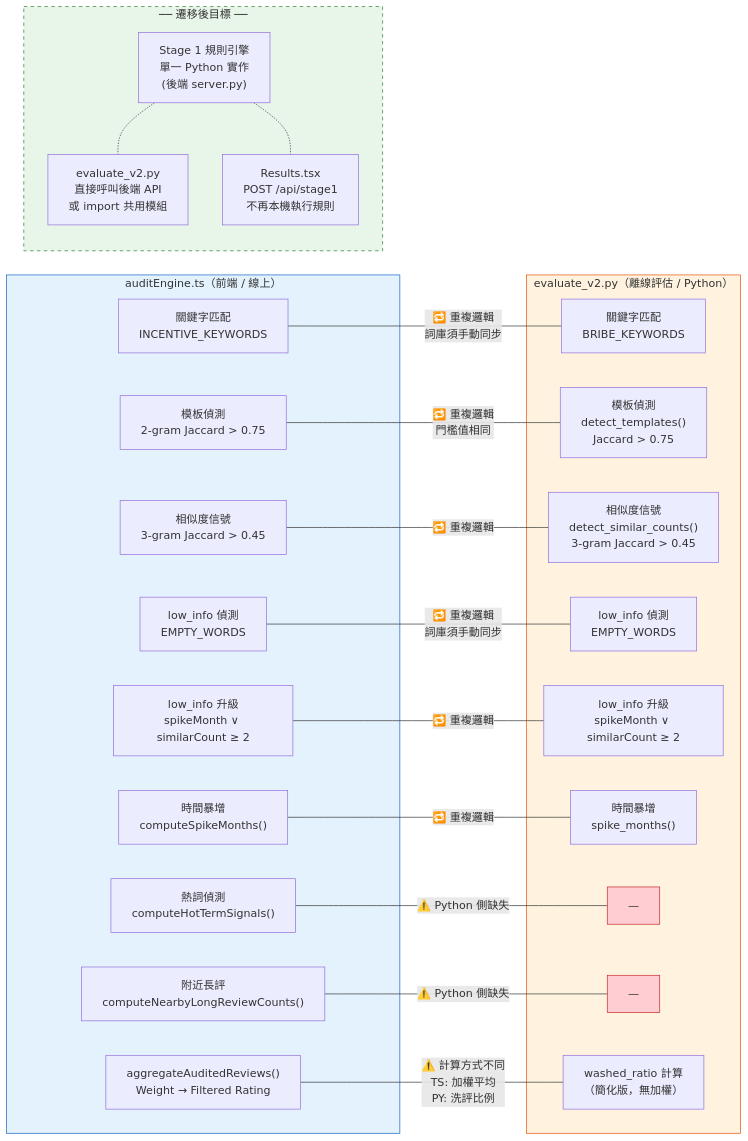
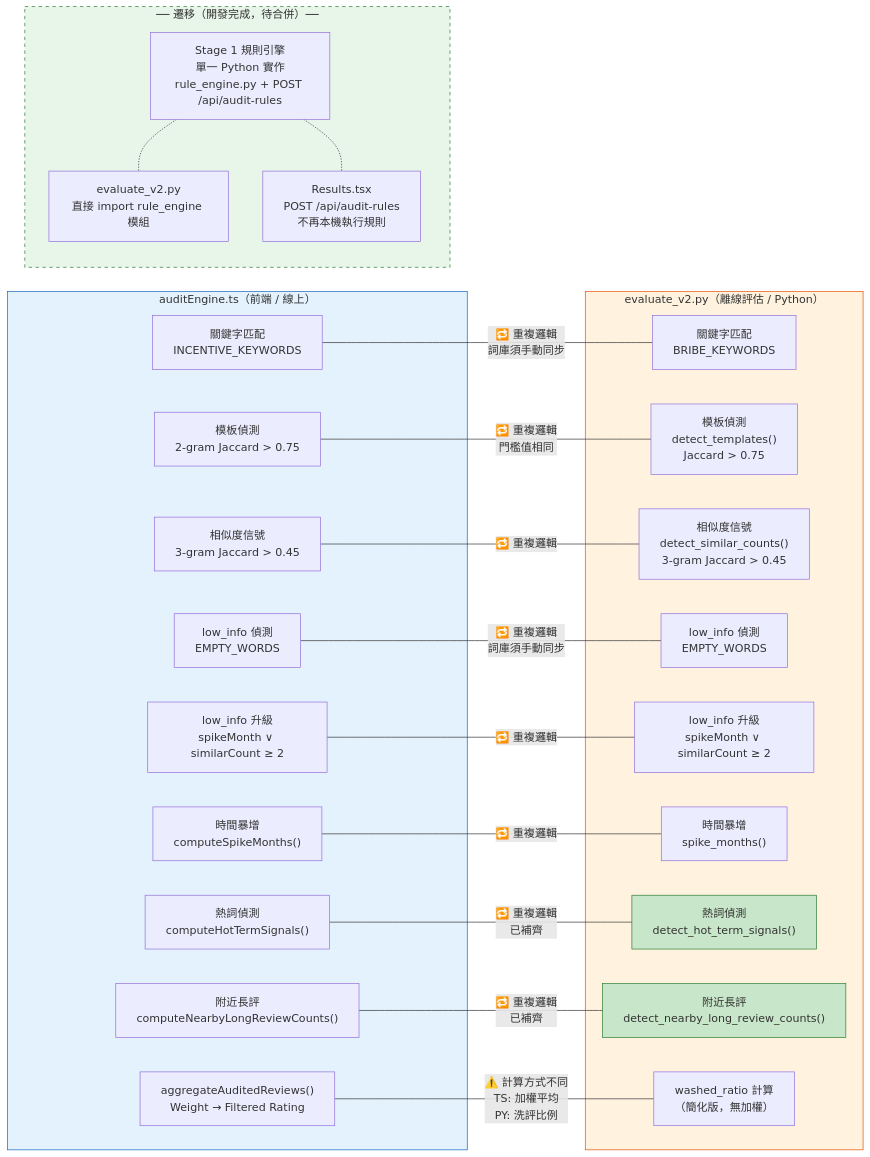
One commit to yiyi42205-ops/TTTTTTUUURREE changed the third of 3 diagrams in docs/ARCHITECTURE.md. Above: the diagram before and after it, drawn with Mermaid. The commit also changed other lines of this file and 1 other file, not shown here.

First line of the commit message:
docs: update 大方向 and ARCHITECTURE.md to reflect current progress

````diff
--- a/docs/ARCHITECTURE.md
+++ b/docs/ARCHITECTURE.md
@@ -248,51 +250,51 @@
 ```mermaid
 flowchart LR
     subgraph TS["auditEngine.ts（前端 / 線上）"]
         TS_KW["關鍵字匹配\nINCENTIVE_KEYWORDS"]
         TS_TPL["模板偵測\n2-gram Jaccard > 0.75"]
         TS_SIM["相似度信號\n3-gram Jaccard > 0.45"]
         TS_LOW["low_info 偵測\nEMPTY_WORDS"]
         TS_ESC["low_info 升級\nspikeMonth ∨ similarCount ≥ 2"]
         TS_SPIKE["時間暴增\ncomputeSpikeMonths()"]
         TS_HOT["熱詞偵測\ncomputeHotTermSignals()"]
         TS_NEARBY["附近長評\ncomputeNearbyLongReviewCounts()"]
         TS_AGG["aggregateAuditedReviews()\nWeight → Filtered Rating"]
     end
 
     subgraph PY["evaluate_v2.py（離線評估 / Python）"]
         PY_KW["關鍵字匹配\nBRIBE_KEYWORDS"]
         PY_TPL["模板偵測\ndetect_templates()\nJaccard > 0.75"]
         PY_SIM["相似度信號\ndetect_similar_counts()\n3-gram Jaccard > 0.45"]
         PY_LOW["low_info 偵測\nEMPTY_WORDS"]
         PY_ESC["low_info 升級\nspikeMonth ∨ similarCount ≥ 2"]
         PY_SPIKE["時間暴增\nspike_months()"]
-        PY_HOT["—"]
-        PY_NEARBY["—"]
+        PY_HOT["熱詞偵測\ndetect_hot_term_signals()"]
+        PY_NEARBY["附近長評\ndetect_nearby_long_review_counts()"]
         PY_AGG["washed_ratio 計算\n（簡化版，無加權）"]
     end
 
     TS_KW ---|"🔁 重複邏輯\n詞庫須手動同步"| PY_KW
     TS_TPL ---|"🔁 重複邏輯\n門檻值相同"| PY_TPL
     TS_SIM ---|"🔁 重複邏輯"| PY_SIM
     TS_LOW ---|"🔁 重複邏輯\n詞庫須手動同步"| PY_LOW
     TS_ESC ---|"🔁 重複邏輯"| PY_ESC
     TS_SPIKE ---|"🔁 重複邏輯"| PY_SPIKE
-    TS_HOT ---|"⚠️ Python 側缺失"| PY_HOT
-    TS_NEARBY ---|"⚠️ Python 側缺失"| PY_NEARBY
+    TS_HOT ---|"🔁 重複邏輯\n已補齊"| PY_HOT
+    TS_NEARBY ---|"🔁 重複邏輯\n已補齊"| PY_NEARBY
     TS_AGG ---|"⚠️ 計算方式不同\nTS: 加權平均\nPY: 洗評比例"| PY_AGG
 
-    subgraph FUTURE["── 遷移後目標 ──"]
+    subgraph MIGRATION["── 遷移（開發完成，待合併）──"]
         direction TB
-        SINGLE["Stage 1 規則引擎\n單一 Python 實作\n(後端 server.py)"]
-        EVAL_CALL["evaluate_v2.py\n直接呼叫後端 API\n或 import 共用模組"]
-        FE_CALL["Results.tsx\nPOST /api/stage1\n不再本機執行規則"]
+        SINGLE["Stage 1 規則引擎\n單一 Python 實作\nrule_engine.py + POST /api/audit-rules"]
+        EVAL_CALL["evaluate_v2.py\n直接 import rule_engine 模組"]
+        FE_CALL["Results.tsx\nPOST /api/audit-rules\n不再本機執行規則"]
         SINGLE -.- EVAL_CALL
         SINGLE -.- FE_CALL
     end
 
     style TS fill:#e3f2fd,stroke:#1565C0
     style PY fill:#fff3e0,stroke:#E65100
-    style FUTURE fill:#e8f5e9,stroke:#2E7D32,stroke-dasharray: 5 5
-    style PY_HOT fill:#ffcdd2,stroke:#c62828
-    style PY_NEARBY fill:#ffcdd2,stroke:#c62828
+    style MIGRATION fill:#e8f5e9,stroke:#2E7D32,stroke-dasharray: 5 5
+    style PY_HOT fill:#c8e6c9,stroke:#2E7D32
+    style PY_NEARBY fill:#c8e6c9,stroke:#2E7D32
 ```
````
